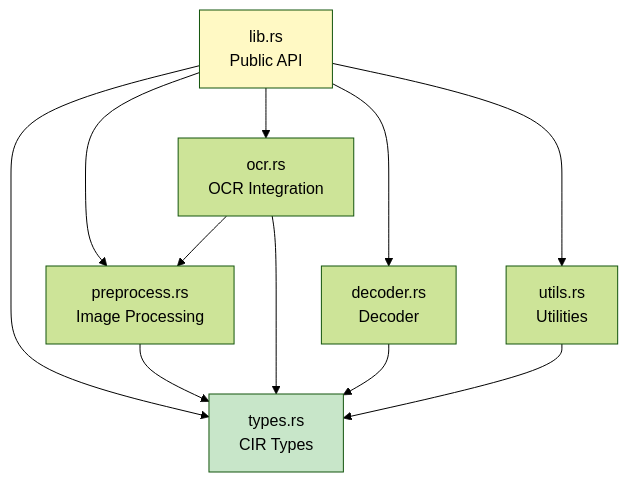
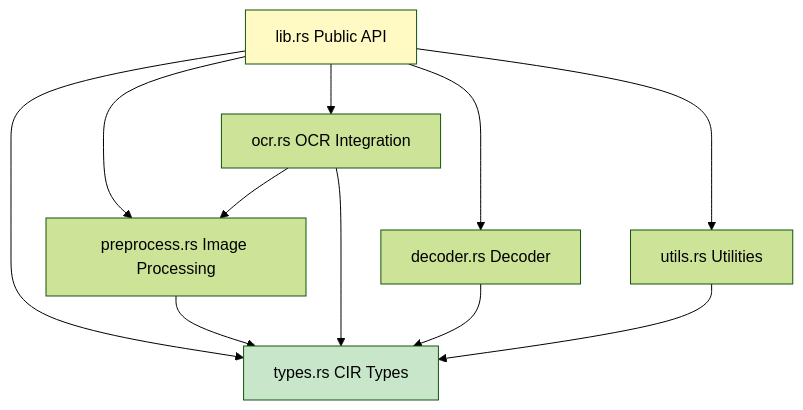
One commit to softwarewrighter/scan3data changed the first of 3 diagrams in wiki/Core-Pipeline.md. Above: the diagram before and after it, drawn with Mermaid (forest theme). The commit also changed other lines of this file and 6 other files, not shown here.

First line of the commit message:
Fix wiki Mermaid diagrams: remove <br/> tags

````diff
--- a/wiki/Core-Pipeline.md
+++ b/wiki/Core-Pipeline.md
@@ -51,17 +51,17 @@
 ```mermaid
 graph TB
-    LIB[lib.rs<br/>Public API] --> TYPES[types.rs<br/>CIR Types]
-    LIB --> PREPROC[preprocess.rs<br/>Image Processing]
-    LIB --> OCR[ocr.rs<br/>OCR Integration]
-    LIB --> DEC[decoder.rs<br/>Decoder]
-    LIB --> UTILS[utils.rs<br/>Utilities]
+    LIB[lib.rs Public API] --> TYPES[types.rs CIR Types]
+    LIB --> PREPROC[preprocess.rs Image Processing]
+    LIB --> OCR[ocr.rs OCR Integration]
+    LIB --> DEC[decoder.rs Decoder]
+    LIB --> UTILS[utils.rs Utilities]
 
     PREPROC --> TYPES
     OCR --> TYPES
     OCR --> PREPROC
     DEC --> TYPES
     UTILS --> TYPES
 
     style TYPES fill:#c8e6c9
     style LIB fill:#fff9c4
 ```
````
